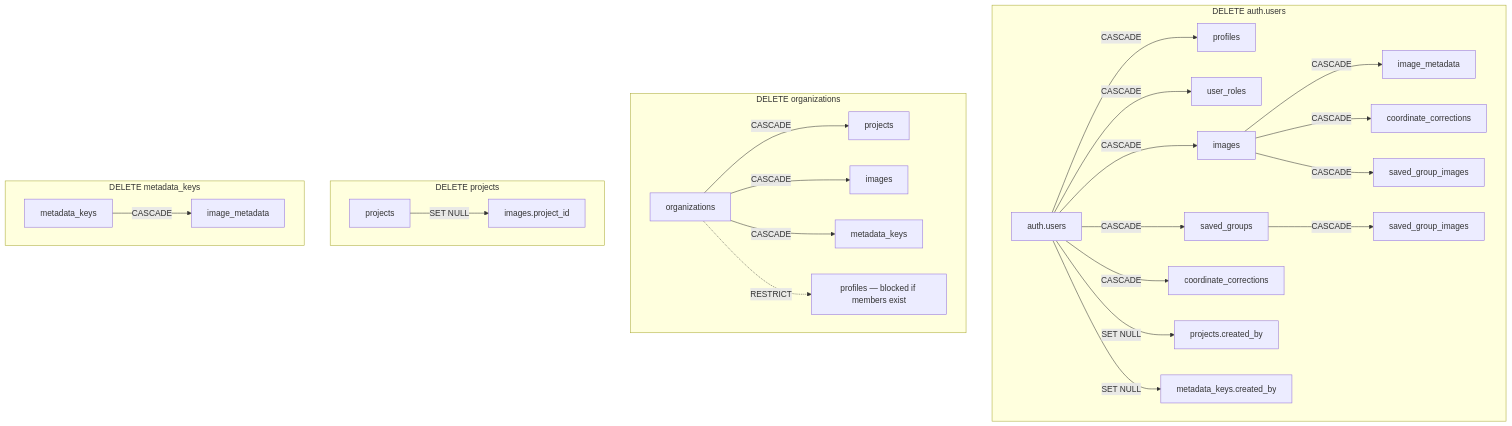
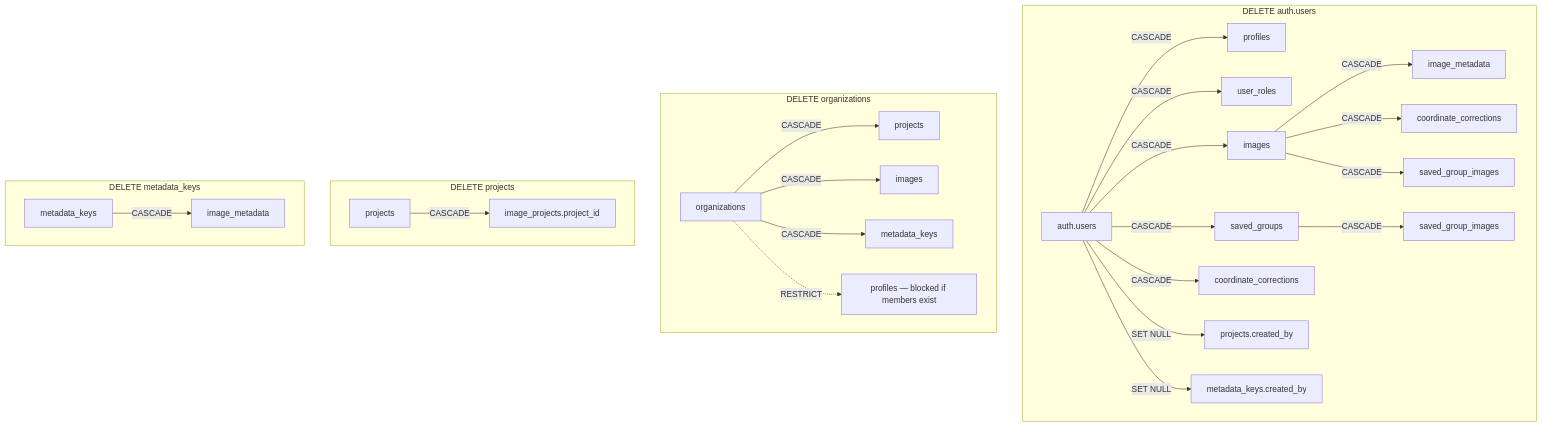
The third of 3 diagrams in docs/database-schema.md (matkleve/feldpost), drawn with Mermaid before and after one commit. The commit also changed other lines of this file and 28 other files, not shown here.

First line of the commit message:
feat: implement multi-project membership for images

````diff
--- a/docs/database-schema.md
+++ b/docs/database-schema.md
@@ -484,31 +516,31 @@
 ```mermaid
 flowchart TD
     subgraph "DELETE auth.users"
         U[auth.users] -->|CASCADE| P[profiles]
         U -->|CASCADE| UR[user_roles]
         U -->|CASCADE| I[images]
         U -->|CASCADE| SG[saved_groups]
         U -->|CASCADE| CC[coordinate_corrections]
         U -->|SET NULL| PR[projects.created_by]
         U -->|SET NULL| MK[metadata_keys.created_by]
         I -->|CASCADE| IM[image_metadata]
         I -->|CASCADE| CC2[coordinate_corrections]
         I -->|CASCADE| SGI[saved_group_images]
         SG -->|CASCADE| SGI2[saved_group_images]
     end
 
     subgraph "DELETE organizations"
         O[organizations] -->|CASCADE| PR2[projects]
         O -->|CASCADE| I2[images]
         O -->|CASCADE| MK2[metadata_keys]
         O -.->|RESTRICT| P2[profiles — blocked if members exist]
     end
 
     subgraph "DELETE projects"
-        PRD[projects] -->|SET NULL| I3[images.project_id]
+        PRD[projects] -->|CASCADE| IP1[image_projects.project_id]
     end
 
     subgraph "DELETE metadata_keys"
         MKD[metadata_keys] -->|CASCADE| IM2[image_metadata]
     end
 ```
````
